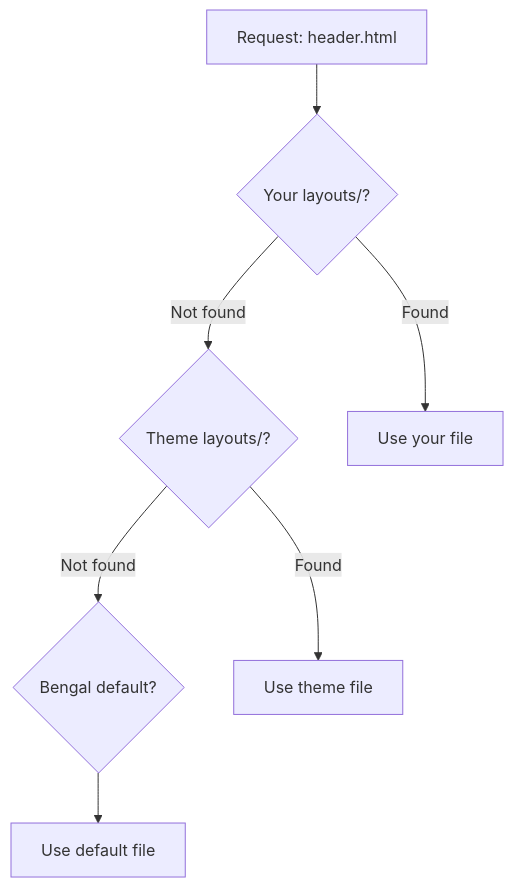
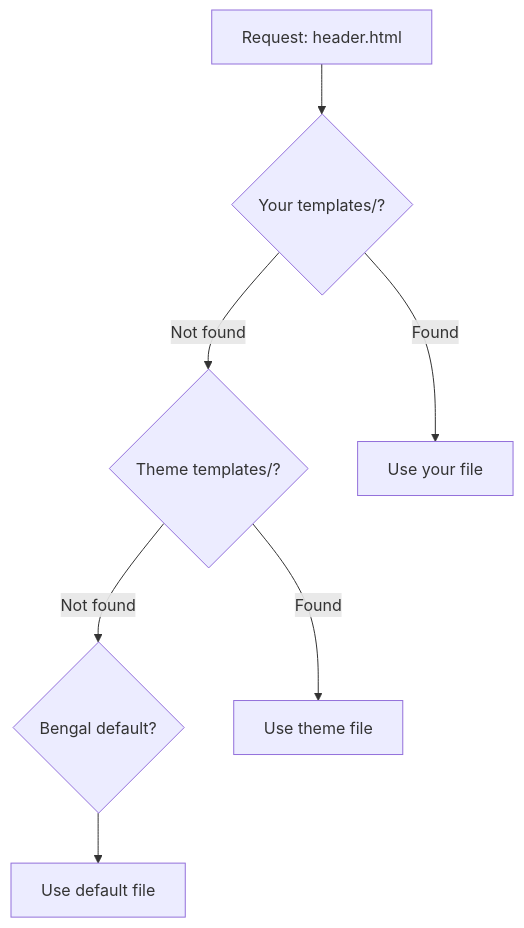
One commit to lbliii/bengal changed the diagram in site/content/docs/theming/themes/_index.md. Above: the diagram before and after it, drawn with Mermaid. The commit also changed other lines of this file and 4 other files, not shown here.

````diff
--- a/site/content/docs/theming/themes/_index.md
+++ b/site/content/docs/theming/themes/_index.md
@@ -16,17 +16,17 @@
 ```mermaid
 flowchart TB
     A[Request: header.html]
-    B{Your layouts/?}
-    C{Theme layouts/?}
+    B{Your templates/?}
+    C{Theme templates/?}
     D{Bengal default?}
     E[Use your file]
     F[Use theme file]
     G[Use default file]
     
     A --> B
     B -->|Found| E
     B -->|Not found| C
     C -->|Found| F
     C -->|Not found| D
     D --> G
 ```
````
